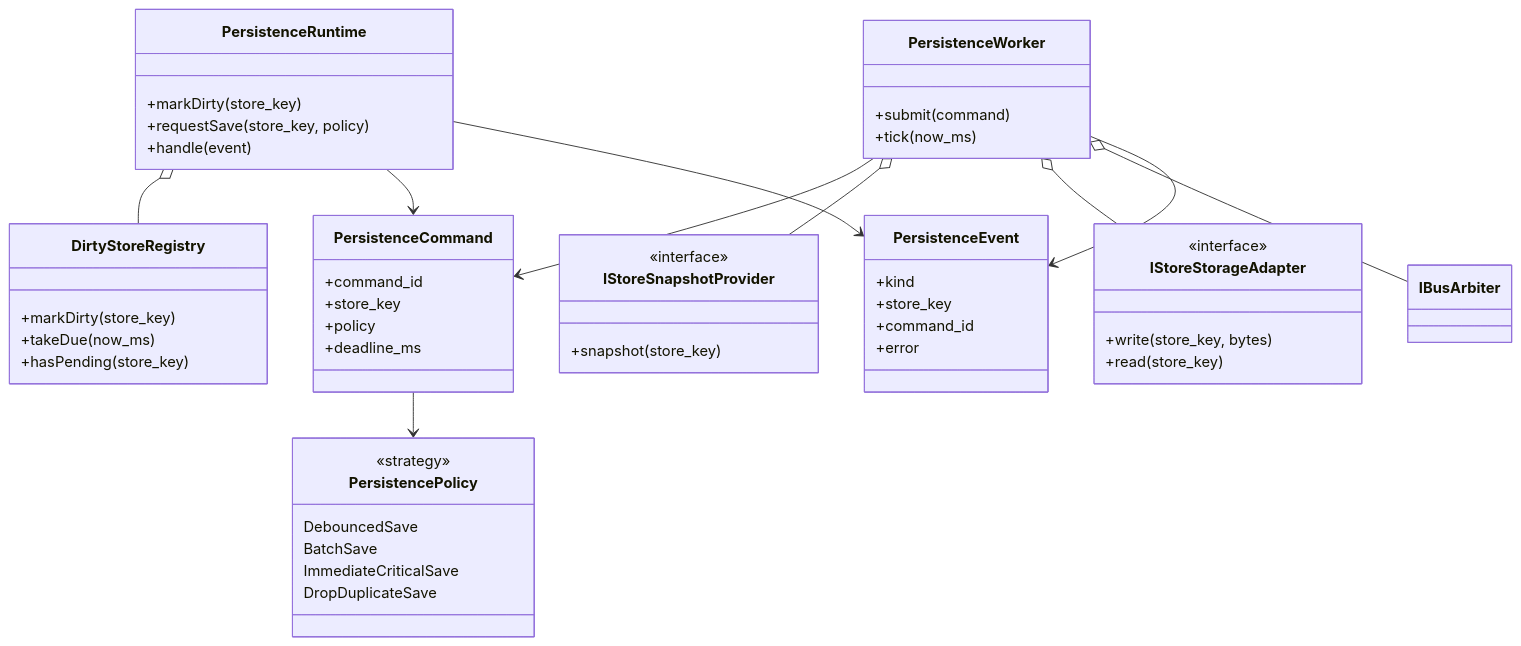
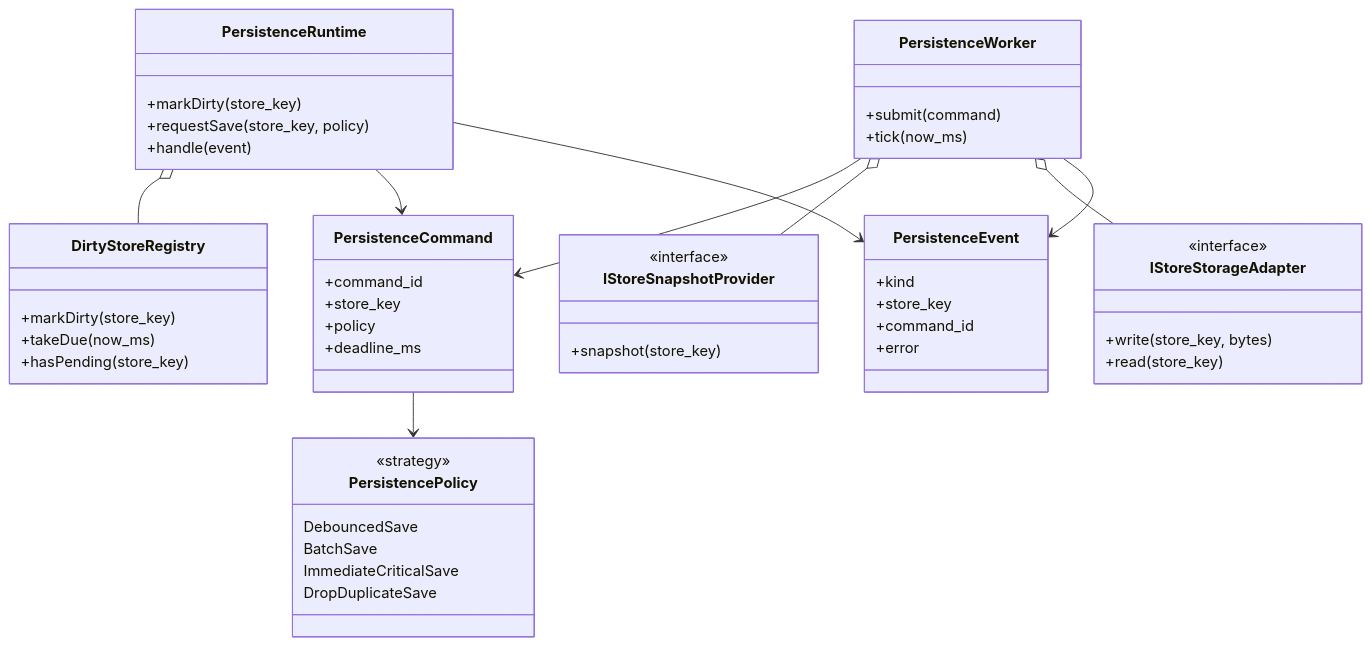
Before and after one commit to manmuqingshan/trail-mate: the eighth of 23 diagrams in docs/specification/UI_STORAGE_EVENT_RUNTIME_DESIGN_SPEC.md, drawn with Mermaid. The commit also changed other lines of this file and 95 other files, not shown here.

````diff
--- a/docs/specification/UI_STORAGE_EVENT_RUNTIME_DESIGN_SPEC.md
+++ b/docs/specification/UI_STORAGE_EVENT_RUNTIME_DESIGN_SPEC.md
@@ -1305,62 +771,61 @@
 ```mermaid
 classDiagram
   class PersistenceRuntime {
     +markDirty(store_key)
     +requestSave(store_key, policy)
     +handle(event)
   }
 
   class PersistenceCommand {
     +command_id
     +store_key
     +policy
     +deadline_ms
   }
 
   class PersistencePolicy {
     <<strategy>>
     DebouncedSave
     BatchSave
     ImmediateCriticalSave
     DropDuplicateSave
   }
 
   class DirtyStoreRegistry {
     +markDirty(store_key)
     +takeDue(now_ms)
     +hasPending(store_key)
   }
 
   class PersistenceWorker {
     +submit(command)
     +tick(now_ms)
   }
 
   class IStoreSnapshotProvider {
     <<interface>>
     +snapshot(store_key)
   }
 
   class IStoreStorageAdapter {
     <<interface>>
     +write(store_key, bytes)
     +read(store_key)
   }
 
   class PersistenceEvent {
     +kind
     +store_key
     +command_id
     +error
   }
 
   PersistenceRuntime o-- DirtyStoreRegistry
   PersistenceRuntime --> PersistenceCommand
   PersistenceCommand --> PersistencePolicy
   PersistenceWorker --> PersistenceCommand
   PersistenceWorker o-- IStoreSnapshotProvider
   PersistenceWorker o-- IStoreStorageAdapter
-  PersistenceWorker o-- IBusArbiter
   PersistenceWorker --> PersistenceEvent
   PersistenceRuntime --> PersistenceEvent
 ```
````
